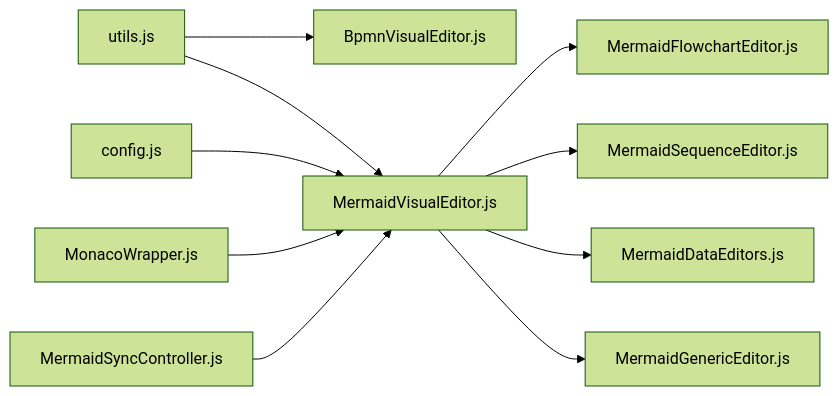
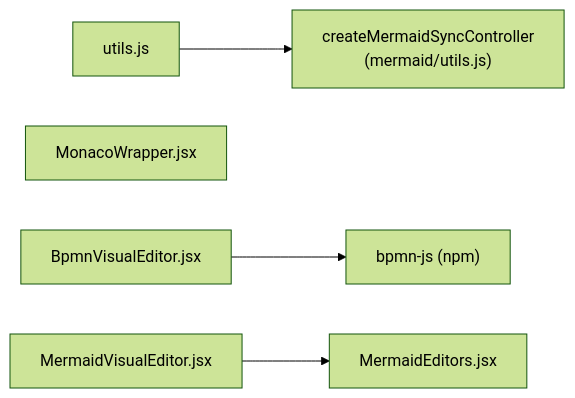
Before and after one commit to ongchonghian/universal-diagram-editor: the seventh of 7 diagrams in .qoder/repowiki/en/content/Editor Architecture/Visual Editors/Visual Editors.md, drawn with Mermaid (forest theme). The commit also changed other lines of this file and 31 other files, not shown here.

````diff
--- a/.qoder/repowiki/en/content/Editor Architecture/Visual Editors/Visual Editors.md
+++ b/.qoder/repowiki/en/content/Editor Architecture/Visual Editors/Visual Editors.md
@@ -342,22 +285,13 @@
 ```mermaid
 graph LR
 Utils["utils.js"]
-Config["config.js"]
-Monaco["MonacoWrapper.js"]
-BPMN["BpmnVisualEditor.js"]
-MermaidRouter["MermaidVisualEditor.js"]
-Sync["MermaidSyncController.js"]
-Flow["MermaidFlowchartEditor.js"]
-Seq["MermaidSequenceEditor.js"]
-Data["MermaidDataEditors.js"]
-Generic["MermaidGenericEditor.js"]
-Utils --> BPMN
-Utils --> MermaidRouter
-Config --> MermaidRouter
-Monaco --> MermaidRouter
-MermaidRouter --> Flow
-MermaidRouter --> Seq
-MermaidRouter --> Data
-MermaidRouter --> Generic
-Sync --> MermaidRouter
+Monaco["MonacoWrapper.jsx"]
+BPMN["BpmnVisualEditor.jsx"]
+MermaidRouter["MermaidVisualEditor.jsx"]
+Sync["createMermaidSyncController<br/>(mermaid/utils.js)"]
+Subs["MermaidEditors.jsx"]
+NPM["bpmn-js (npm)"]
+Utils --> Sync
+BPMN --> NPM
+MermaidRouter --> Subs
 ```
````
